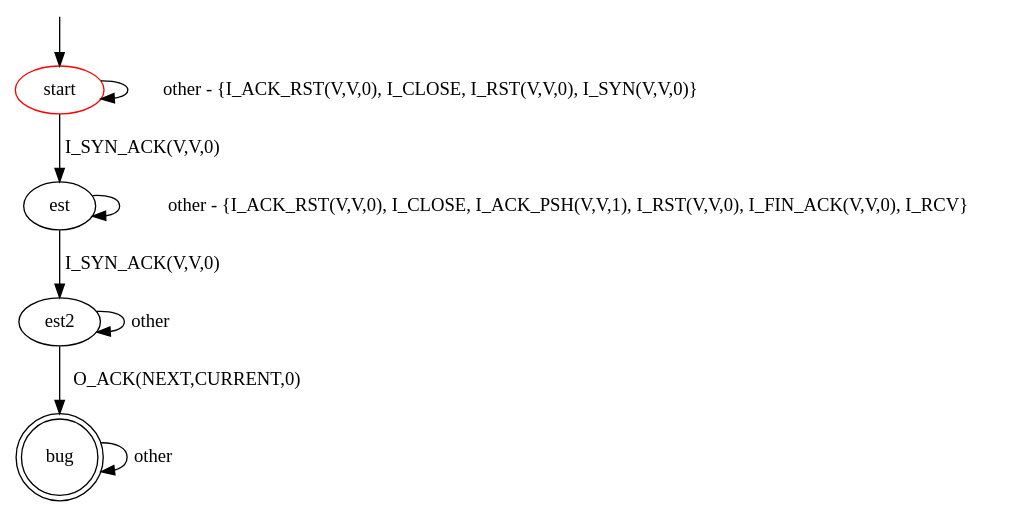
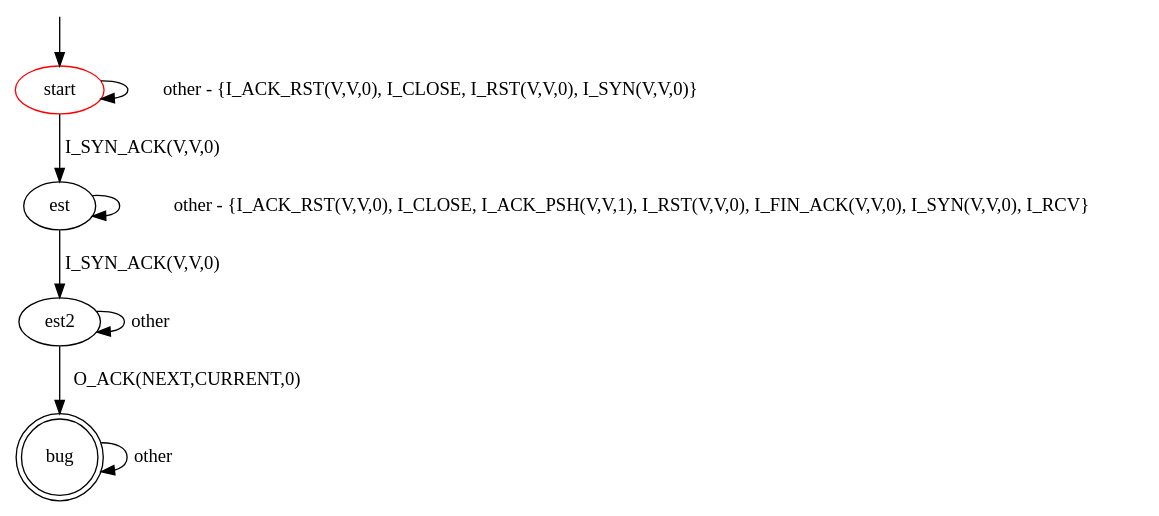
The diagram in src/main/resources/patterns/tcp/invalid_response_to_synack2.dot (assist-project/state-machine-bug-finder), drawn with Graphviz before and after one commit. The commit also changed 3 other files, not shown here.

```diff
--- a/src/main/resources/patterns/tcp/invalid_response_to_synack2.dot
+++ b/src/main/resources/patterns/tcp/invalid_response_to_synack2.dot
@@ -1,18 +1,18 @@
 digraph G {
 label=""
 start [color="red"]
 bug [shape="doublecircle"]
 
 start -> est [label="I_SYN_ACK(V,V,0)"]
 start -> start [label="other - {I_ACK_RST(V,V,0), I_CLOSE, I_RST(V,V,0), I_SYN(V,V,0)}"]
-est -> est [label="other - {I_ACK_RST(V,V,0), I_CLOSE, I_ACK_PSH(V,V,1), I_RST(V,V,0), I_FIN_ACK(V,V,0), I_RCV}"]
+est -> est [label="other - {I_ACK_RST(V,V,0), I_CLOSE, I_ACK_PSH(V,V,1), I_RST(V,V,0), I_FIN_ACK(V,V,0), I_SYN(V,V,0), I_RCV}"]
 est -> est2  [label="I_SYN_ACK(V,V,0)"]
 est2 -> est2  [label="other"]
 est2 -> bug [label="O_ACK(NEXT,CURRENT,0)"]
 
 
 bug -> bug [label="other"]
 
 __start0 [label="" shape="none" width="0" height="0"];
 __start0 -> start;
 }
```
